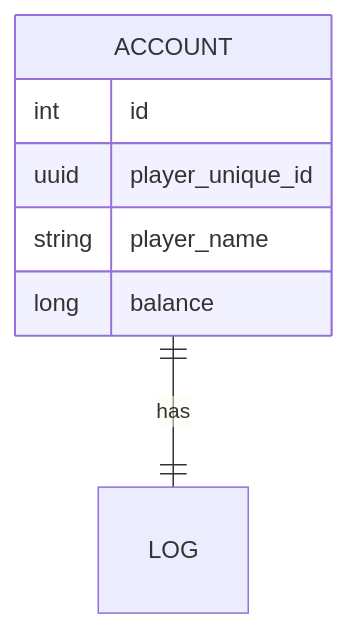
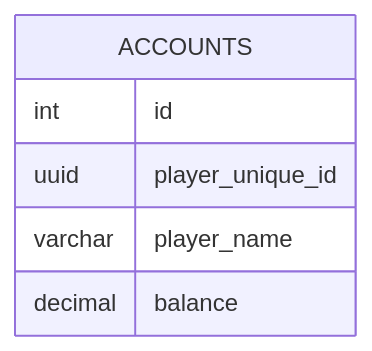
The diagram in docs/docs/format/database.mdx (morinoparty/Kerria), drawn with Mermaid before and after one commit. The commit also changed other lines of this file and 40 other files, not shown here.

````diff
--- a/docs/docs/format/database.mdx
+++ b/docs/docs/format/database.mdx
@@ -12,12 +143,11 @@
 ```mermaid
 erDiagram
 
-    ACCOUNT {
+    ACCOUNTS {
         int id
         uuid player_unique_id
-        string player_name
-        long balance
+        varchar player_name
+        decimal balance
     }
 
-    ACCOUNT ||--|| LOG : has
 ```
````
